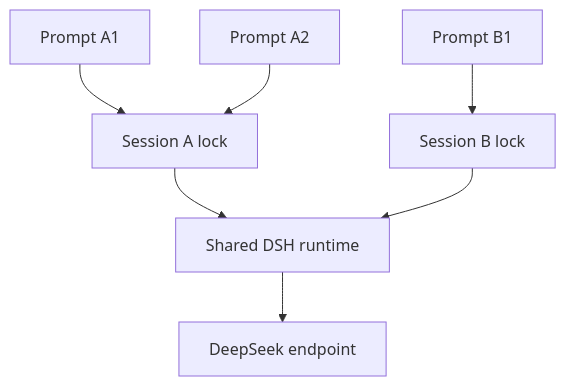
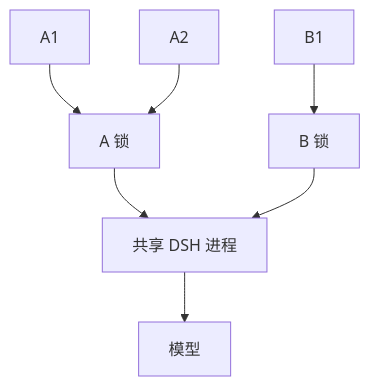
One commit to eriklee1895/hands-on-dsh changed the second of 2 diagrams in tutorials/fastapi-101/src/dsh_fastapi_101/static/tutorials/05-runtime-lifecycle.md. Above: the diagram before and after it, drawn with Mermaid. The commit also changed other lines of this file and 86 other files, not shown here.

Commit message:
docs: improve course narrative, technical guidance, and diagrams

````diff
--- a/tutorials/fastapi-101/src/dsh_fastapi_101/static/tutorials/05-runtime-lifecycle.md
+++ b/tutorials/fastapi-101/src/dsh_fastapi_101/static/tutorials/05-runtime-lifecycle.md
@@ -35,9 +39,9 @@
 ```mermaid
 flowchart TD
-    A1[Prompt A1] --> LockA[Session A lock]
-    A2[Prompt A2] --> LockA
-    B1[Prompt B1] --> LockB[Session B lock]
-    LockA --> Runtime[Shared DSH runtime]
+    A1[A1] --> LockA[A 锁]
+    A2[A2] --> LockA
+    B1[B1] --> LockB[B 锁]
+    LockA --> Runtime[共享 DSH 进程]
     LockB --> Runtime
-    Runtime --> Model[DeepSeek endpoint]
+    Runtime --> Model[模型]
 ```
````
